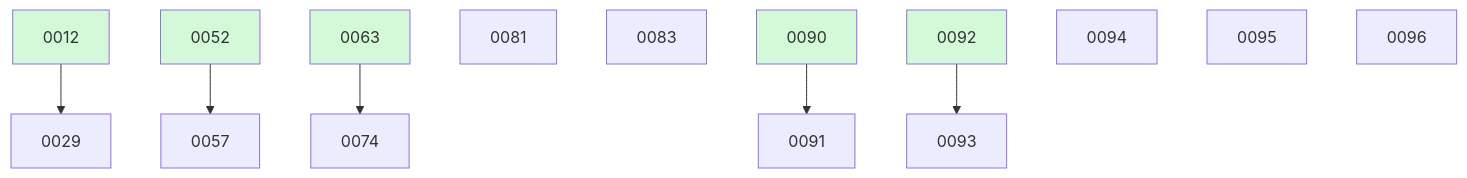
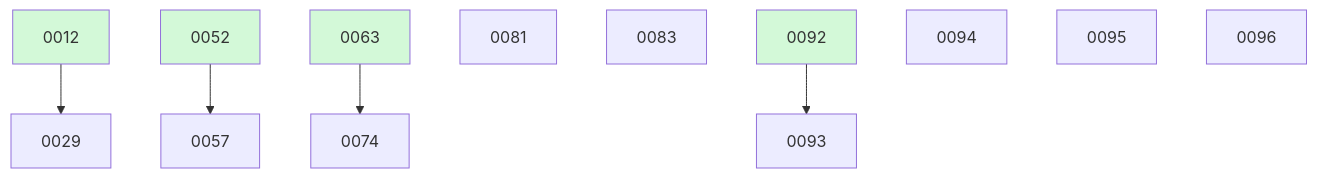
Before and after one commit to ethanhinson/fuse: the diagram in docs/changes/BOARD.md, drawn with Mermaid. The commit also changed other lines of this file and 4 other files, not shown here.

````diff
--- a/docs/changes/BOARD.md
+++ b/docs/changes/BOARD.md
@@ -35,19 +34,17 @@
 ```mermaid
 graph TD
   0012 --> 0029
   0052 --> 0057
   0063 --> 0074
   0081
   0083
-  0090 --> 0091
   0092 --> 0093
   0094
   0095
   0096
   0012:::done
   0052:::done
   0063:::done
-  0090:::done
   0092:::done
   classDef done fill:#d3f9d8;
 ```
````
